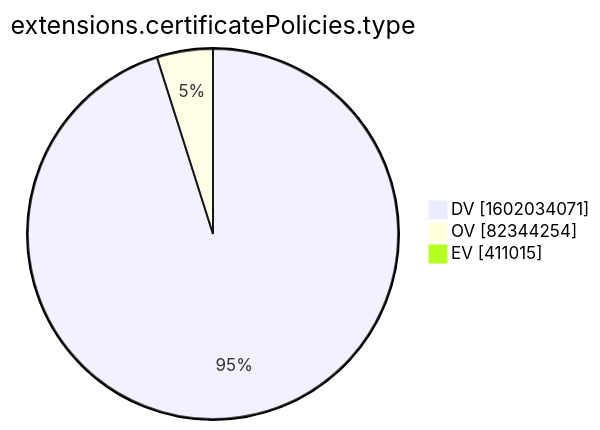
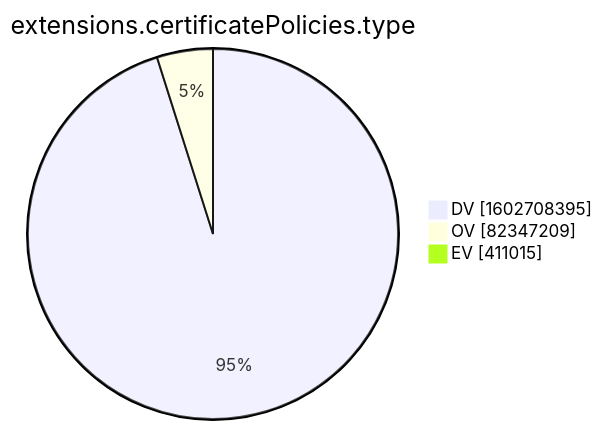
One commit to christiankrug/ctmonitor_visualization changed the tenth of 15 diagrams in xenon2022/README.md. Above: the diagram before and after it, drawn with Mermaid. The commit also changed other lines of this file, not shown here.

````diff
--- a/xenon2022/README.md
+++ b/xenon2022/README.md
@@ -2878,7 +2878,7 @@
 ```mermaid
 pie showData
 title extensions.certificatePolicies.type
-"DV" :1602034071
-"OV" :82344254
+"DV" :1602708395
+"OV" :82347209
 "EV" :411015
 ```
````
